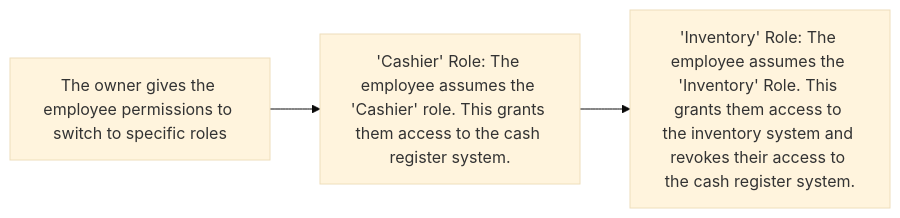
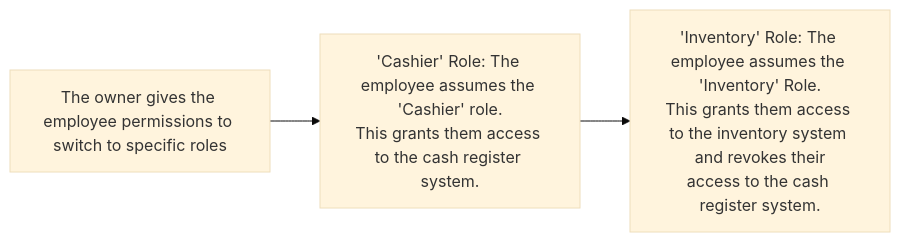
Before and after one commit to rmarasigan/aws-essentials: the third of 4 diagrams in cloud-practitioner-essentials/aws-iam.md, drawn with Mermaid (base theme). The commit also changed other lines of this file and 8 other files, not shown here.

````diff
--- a/cloud-practitioner-essentials/aws-iam.md
+++ b/cloud-practitioner-essentials/aws-iam.md
@@ -65,6 +65,6 @@
 ```mermaid
 graph LR
 
-    A[The owner gives the employee permissions to switch to specific roles] --> B['Cashier' Role: The employee assumes the 'Cashier' role. This grants them access to the cash register system.]
-    B --> C['Inventory' Role: The employee assumes the 'Inventory' Role. This grants them access to the inventory system and revokes their access to the cash register system.]
+    A[The owner gives the employee permissions to switch to specific roles] --> B['Cashier' Role: The employee assumes the 'Cashier' role.<br>This grants them access to the cash register system.]
+    B --> C['Inventory' Role: The employee assumes the 'Inventory' Role.<br>This grants them access to the inventory system and revokes their<br>access to the cash register system.]
 ```
````
